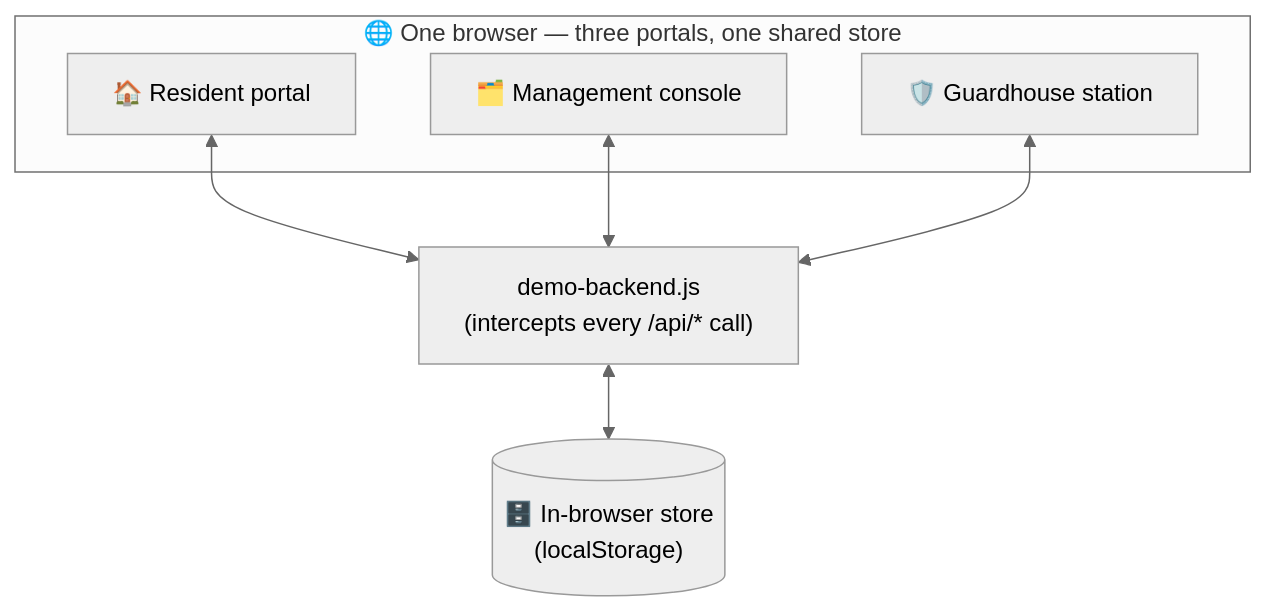
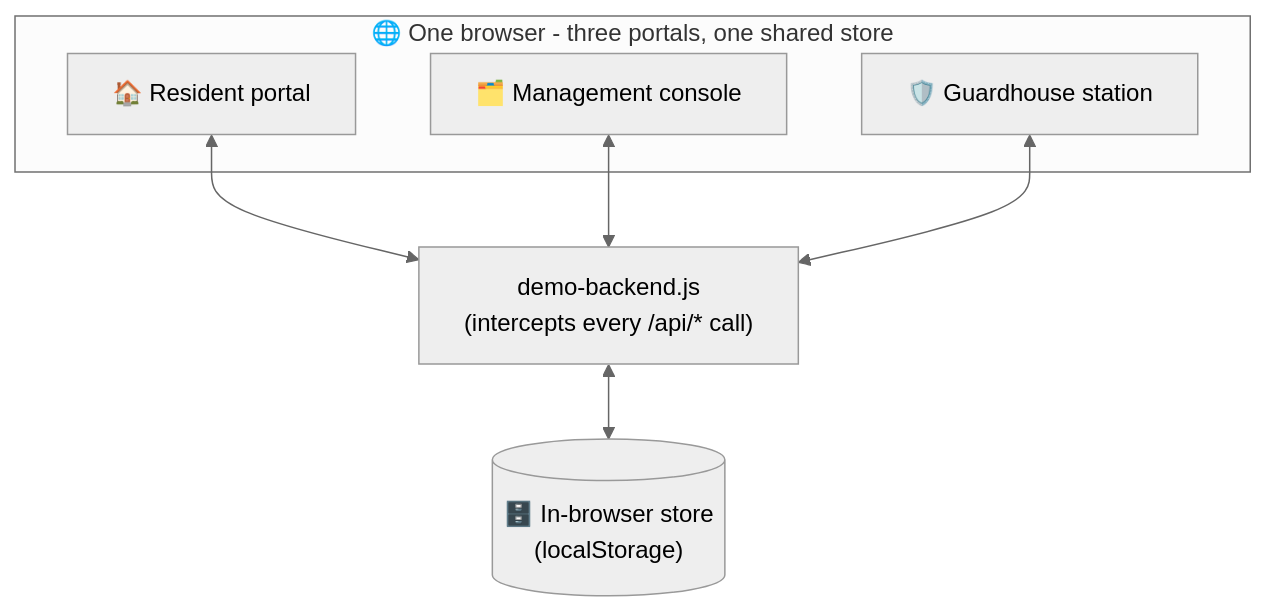
Before and after one commit to dooddles07/The-Meridian: the first of 4 diagrams in README.md, drawn with Mermaid (neutral theme). The commit also changed other lines of this file and 9 other files, not shown here.

````diff
--- a/README.md
+++ b/README.md
@@ -121,15 +120,15 @@
 ```mermaid
 flowchart TB
-    subgraph Browser["🌐 One browser — three portals, one shared store"]
+    subgraph Browser["🌐 One browser - three portals, one shared store"]
         R["🏠 Resident portal"]
         M["🗂️ Management console"]
         G["🛡️ Guardhouse station"]
     end
     API["demo-backend.js<br/>(intercepts every /api/* call)"]
     DB[("🗄️ In-browser store<br/>(localStorage)")]
 
     R <--> API
     M <--> API
     G <--> API
     API <--> DB
 ```
````
